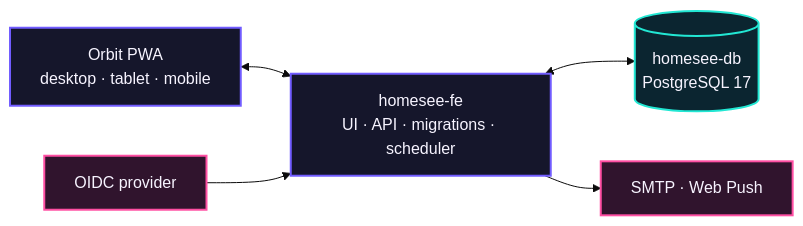
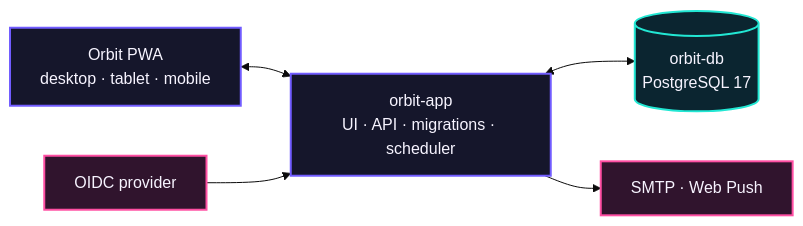
The diagram in README.md (tomlawesome/orbit), drawn with Mermaid (base theme) before and after one commit. The commit also changed other lines of this file and 16 other files, not shown here.

````diff
--- a/README.md
+++ b/README.md
@@ -74,20 +74,20 @@
 ```mermaid
 flowchart LR
     Browser["Orbit PWA<br/>desktop · tablet · mobile"]
-    App["homesee-fe<br/>UI · API · migrations · scheduler"]
-    Database[("homesee-db<br/>PostgreSQL 17")]
+    App["orbit-app<br/>UI · API · migrations · scheduler"]
+    Database[("orbit-db<br/>PostgreSQL 17")]
     Identity["OIDC provider"]
     Delivery["SMTP · Web Push"]
 
     Browser <--> App
     Identity --> App
     App <--> Database
     App --> Delivery
 
     classDef orbit fill:#15162b,stroke:#715cff,color:#f7f4ff,stroke-width:2px;
     classDef cyan fill:#0b2530,stroke:#22e7d3,color:#f7f4ff,stroke-width:2px;
     classDef pink fill:#30142d,stroke:#ff4fa3,color:#f7f4ff,stroke-width:2px;
     class Browser,App orbit;
     class Database cyan;
     class Identity,Delivery pink;
 ```
````
